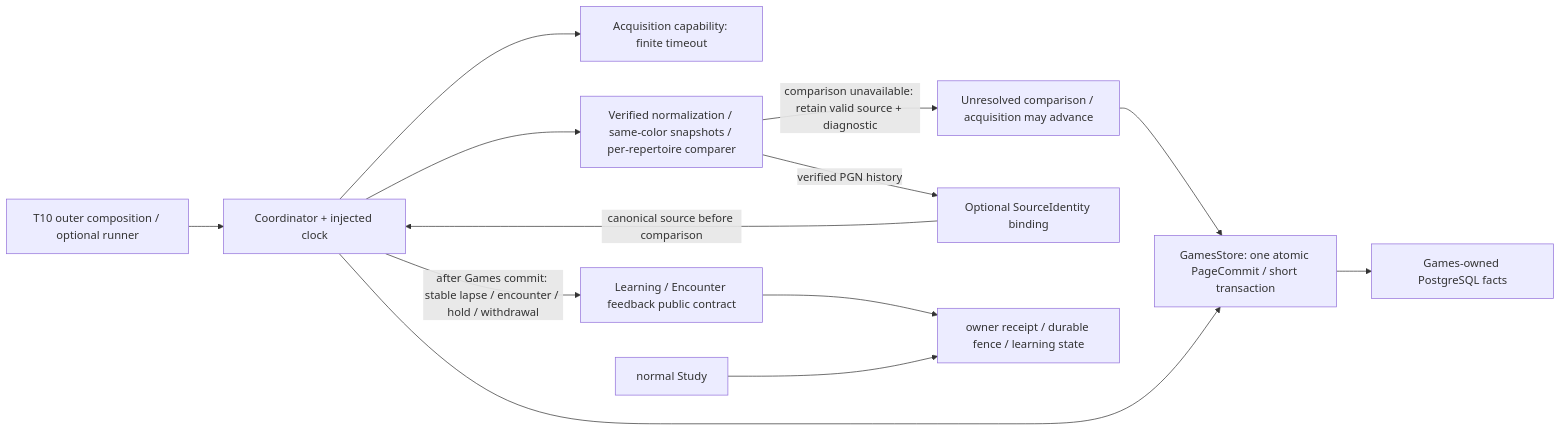
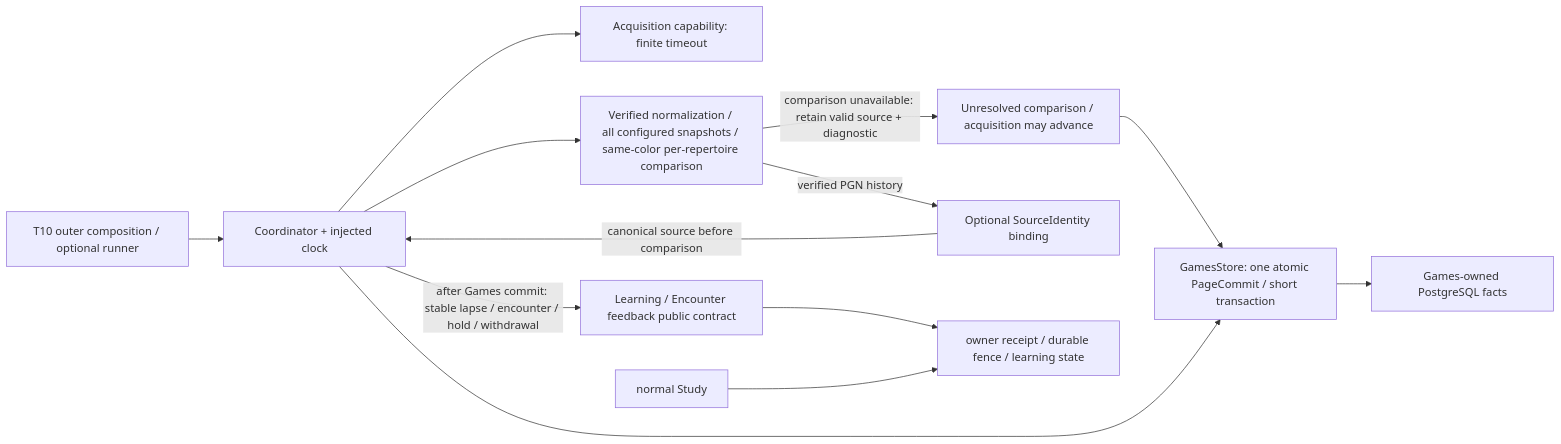
The second of 5 diagrams in backend/app/games/feedback/README.md (aaweaver-actuary/tempo), drawn with Mermaid before and after one commit. The commit also changed other lines of this file and 10 other files, not shown here.

````diff
--- a/backend/app/games/feedback/README.md
+++ b/backend/app/games/feedback/README.md
@@ -131,15 +131,15 @@
 ```mermaid
 flowchart LR
   Runtime["T10 outer composition / optional runner"] --> C["Coordinator + injected clock"]
   C --> Provider["Acquisition capability: finite timeout"]
-  C --> Pure["Verified normalization / same-color snapshots / per-repertoire comparer"]
+  C --> Pure["Verified normalization / all configured snapshots / same-color per-repertoire comparison"]
   Pure -->|"comparison unavailable: retain valid source + diagnostic"| Unresolved["Unresolved comparison / acquisition may advance"]
   Unresolved --> Store
   Pure -->|"verified PGN history"| Identity["Optional SourceIdentity binding"]
   Identity -->|"canonical source before comparison"| C
   C --> Store["GamesStore: one atomic PageCommit / short transaction"]
   Store --> PG["Games-owned PostgreSQL facts"]
   C -->|"after Games commit: stable lapse / encounter / hold / withdrawal"| Owner["Learning / Encounter feedback public contract"]
   Owner --> Receipt["owner receipt / durable fence / learning state"]
   Study["normal Study"] --> Receipt
 ```
````
